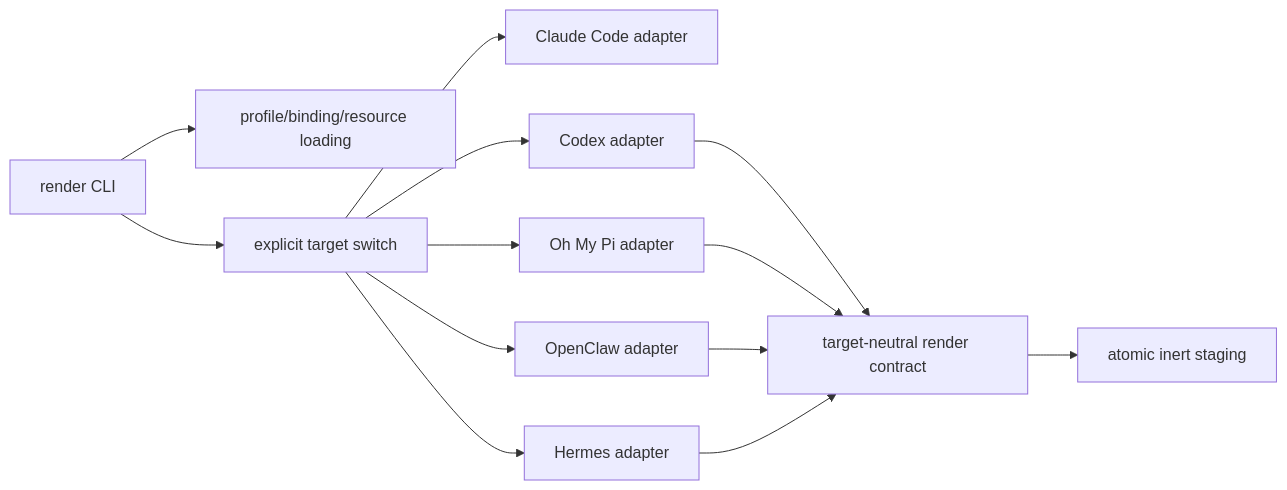
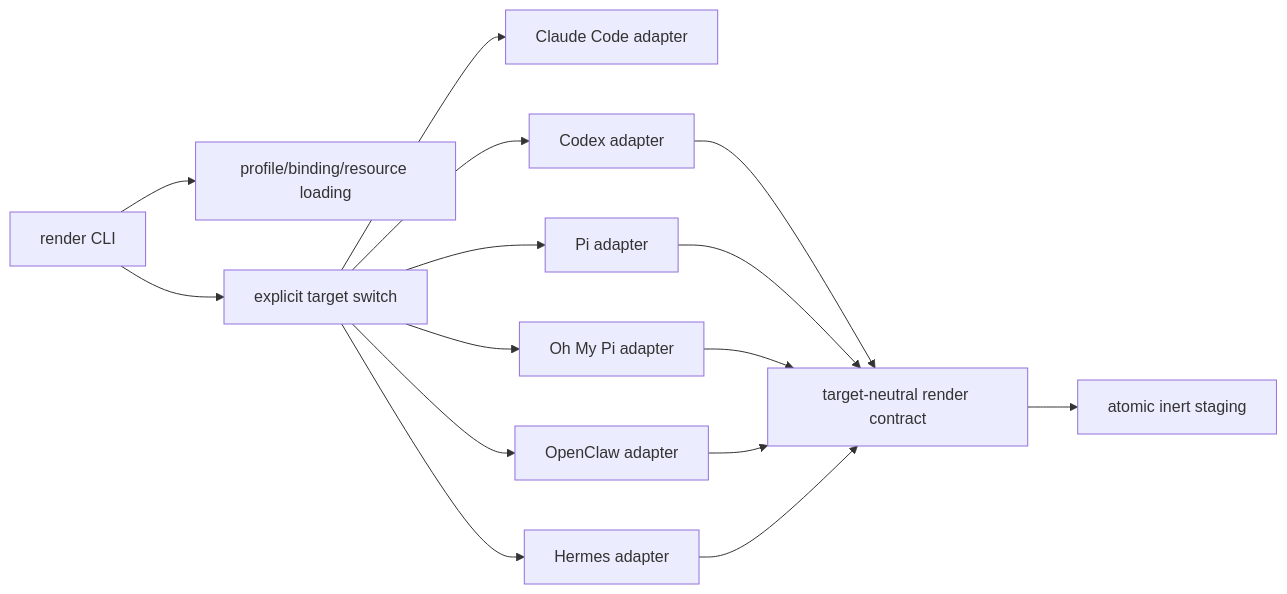
Before and after one commit to ariel-frischer/profile-mango: the diagram in docs/dev/adapter-architecture.md, drawn with Mermaid. The commit also changed other lines of this file and 15 other files, not shown here.

````diff
--- a/docs/dev/adapter-architecture.md
+++ b/docs/dev/adapter-architecture.md
@@ -9,15 +9,17 @@
 ```mermaid
 flowchart LR
     CLI[render CLI] --> LOAD[profile/binding/resource loading]
     CLI --> DISPATCH[explicit target switch]
     DISPATCH --> CLAUDE[Claude Code adapter]
     DISPATCH --> CODEX[Codex adapter]
+    DISPATCH --> PI[Pi adapter]
     DISPATCH --> OMP[Oh My Pi adapter]
     DISPATCH --> OPENCLAW[OpenClaw adapter]
     DISPATCH --> HERMES[Hermes adapter]
     CODEX --> CONTRACT[target-neutral render contract]
+    PI --> CONTRACT
     OMP --> CONTRACT
     OPENCLAW --> CONTRACT
     HERMES --> CONTRACT
     CONTRACT --> STAGE[atomic inert staging]
 ```
````
